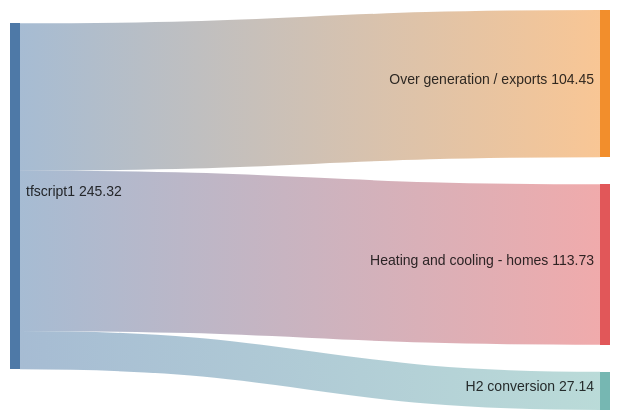
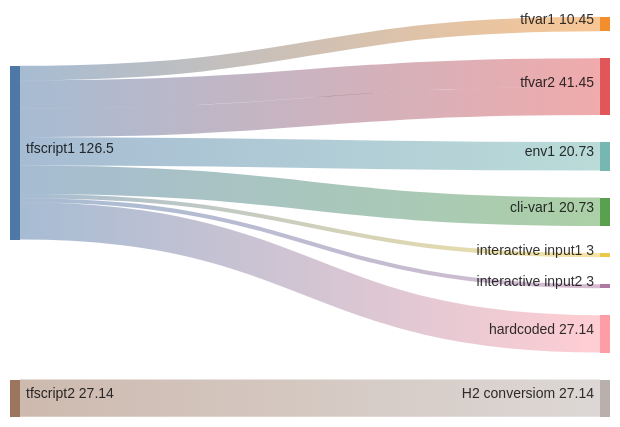
One commit to sohale/cs-glossaries changed the second of 2 diagrams in devops/terraform-tut.md. Above: the diagram before and after it, drawn with Mermaid.

````diff
--- a/devops/terraform-tut.md
+++ b/devops/terraform-tut.md
@@ -145,9 +145,15 @@
 ```mermaid
 sankey-beta
 
 
 %% source,target,value
-tfscript1,Over generation / exports,104.453
-tfscript1,Heating and cooling - homes,113.726
-tfscript1,H2 conversion,27.14
+tfscript1,tfvar1, 10.453
+tfscript1,tfvar2, 20.726
+tfscript1,tfvar2, 20.726
+tfscript1,env1, 20.726
+tfscript1,cli-var1, 20.726
+tfscript1,interactive input1, 3
+tfscript1,interactive input2, 3
+tfscript1,hardcoded, 27.14
+tfscript2,H2 conversiom, 27.14
 ```
````
